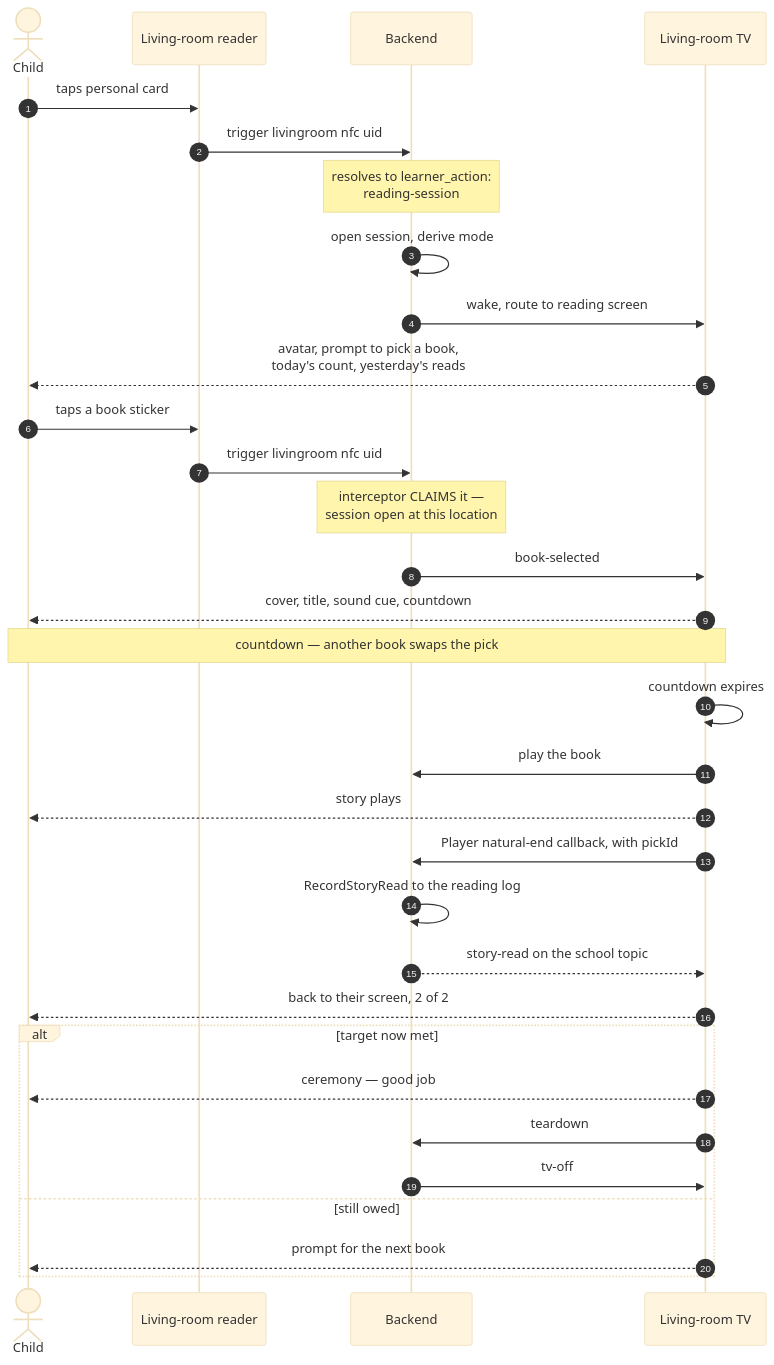
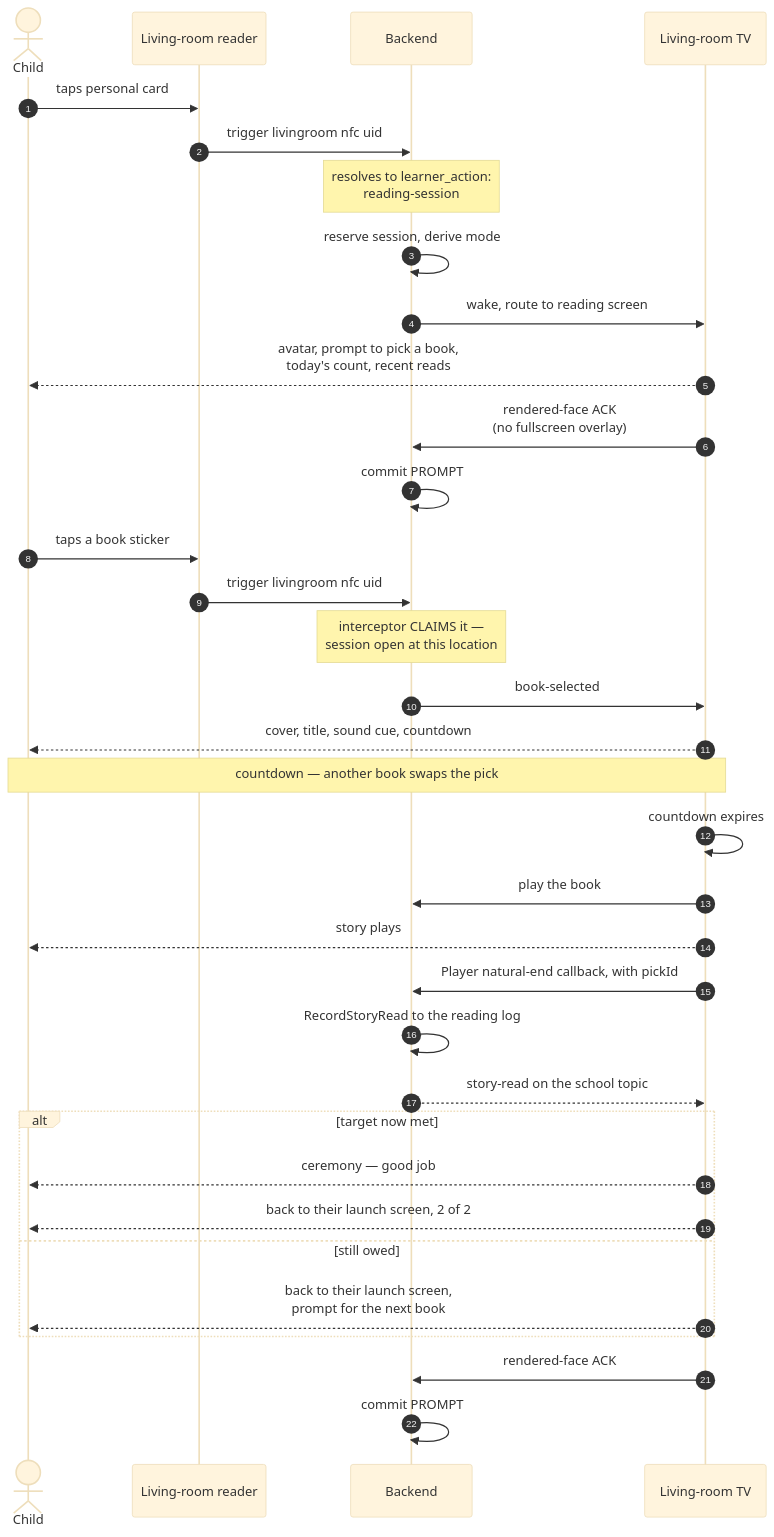
Before and after one commit to kckern/DaylightStation: the first of 6 diagrams in docs/reference/school/reading-sessions.md, drawn with Mermaid (base theme). The commit also changed other lines of this file and 86 other files, not shown here.

````diff
--- a/docs/reference/school/reading-sessions.md
+++ b/docs/reference/school/reading-sessions.md
@@ -111,40 +111,41 @@
 ```mermaid
 sequenceDiagram
     autonumber
     actor K as Child
     participant R as Living-room reader
     participant B as Backend
     participant TV as Living-room TV
 
     K->>R: taps personal card
     R->>B: trigger livingroom nfc uid
     Note over B: resolves to learner_action:<br/>reading-session
-    B->>B: open session, derive mode
+    B->>B: reserve session, derive mode
     B->>TV: wake, route to reading screen
-    TV-->>K: avatar, prompt to pick a book,<br/>today's count, yesterday's reads
+    TV-->>K: avatar, prompt to pick a book,<br/>today's count, recent reads
+    TV->>B: rendered-face ACK<br/>(no fullscreen overlay)
+    B->>B: commit PROMPT
 
     K->>R: taps a book sticker
     R->>B: trigger livingroom nfc uid
     Note over B: interceptor CLAIMS it —<br/>session open at this location
     B->>TV: book-selected
     TV-->>K: cover, title, sound cue, countdown
 
     Note over K,TV: countdown — another book swaps the pick
 
     TV->>TV: countdown expires
     TV->>B: play the book
     TV-->>K: story plays
 
     TV->>B: Player natural-end callback, with pickId
     B->>B: RecordStoryRead to the reading log
     B-->>TV: story-read on the school topic
-    TV-->>K: back to their screen, 2 of 2
-
     alt target now met
         TV-->>K: ceremony — good job
-        TV->>B: teardown
-        B->>TV: tv-off
+        TV-->>K: back to their launch screen, 2 of 2
     else still owed
-        TV-->>K: prompt for the next book
+        TV-->>K: back to their launch screen,<br/>prompt for the next book
     end
+    TV->>B: rendered-face ACK
+    B->>B: commit PROMPT
 ```
````
